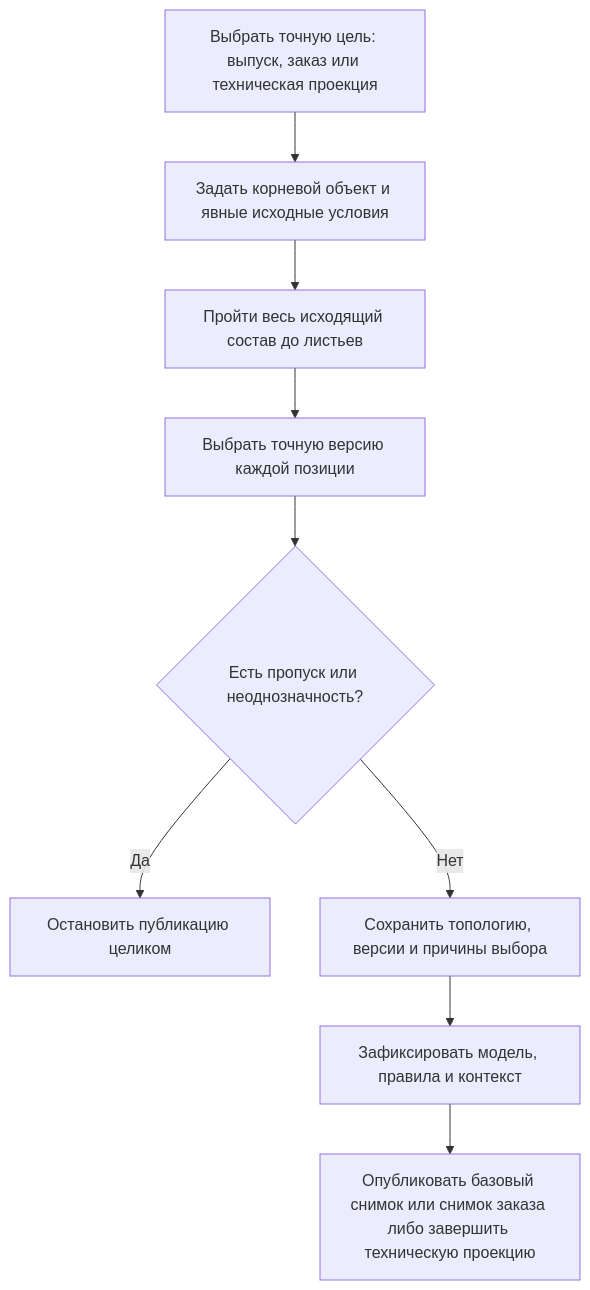
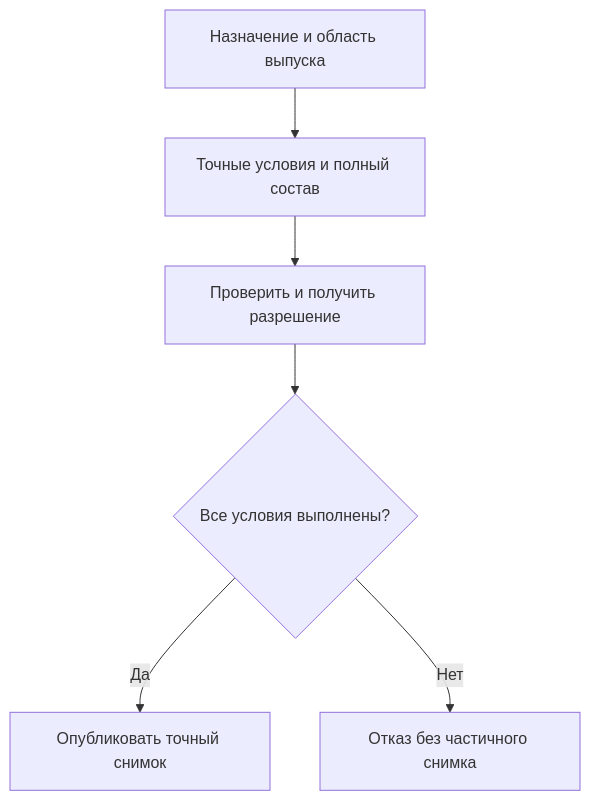
Before and after one commit to ZelAnton/Interlink-product-book: the second of 2 diagrams in docs/changes/07-snapshots-evidence-and-user-history.md, drawn with Mermaid. The commit also changed other lines of this file and 231 other files, not shown here.

````diff
--- a/docs/changes/07-snapshots-evidence-and-user-history.md
+++ b/docs/changes/07-snapshots-evidence-and-user-history.md
@@ -59,11 +66,8 @@
 ```mermaid
 flowchart TD
-    A["Выбрать точную цель: выпуск, заказ или техническая проекция"] --> B["Задать корневой объект и явные исходные условия"]
-    B --> C["Пройти весь исходящий состав до листьев"]
-    C --> D["Выбрать точную версию каждой позиции"]
-    D --> E{"Есть пропуск или неоднозначность?"}
-    E -->|"Да"| F["Остановить публикацию целиком"]
-    E -->|"Нет"| G["Сохранить топологию, версии и причины выбора"]
-    G --> H["Зафиксировать модель, правила и контекст"]
-    H --> I["Опубликовать базовый снимок или снимок заказа либо завершить техническую проекцию"]
+    A["Назначение и область выпуска"] --> B["Точные условия и полный состав"]
+    B --> C["Проверить и получить разрешение"]
+    C --> D{"Все условия выполнены?"}
+    D -->|"Да"| E["Опубликовать точный снимок"]
+    D -->|"Нет"| F["Отказ без частичного снимка"]
 ```
````
